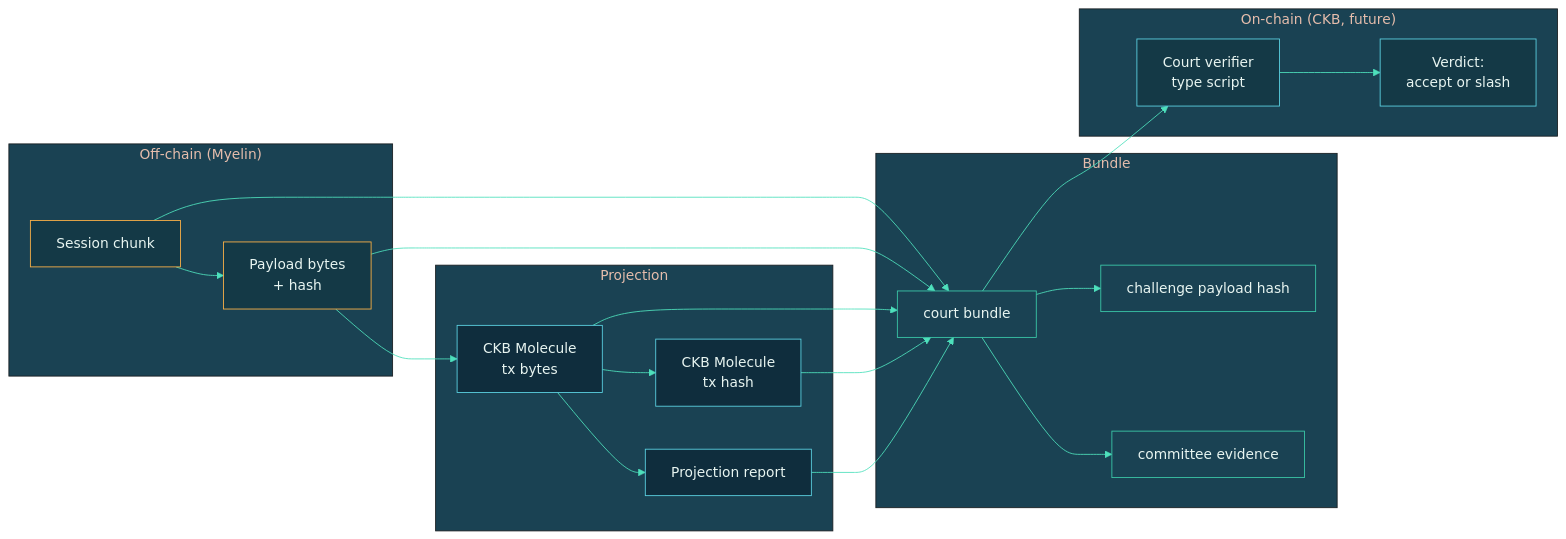
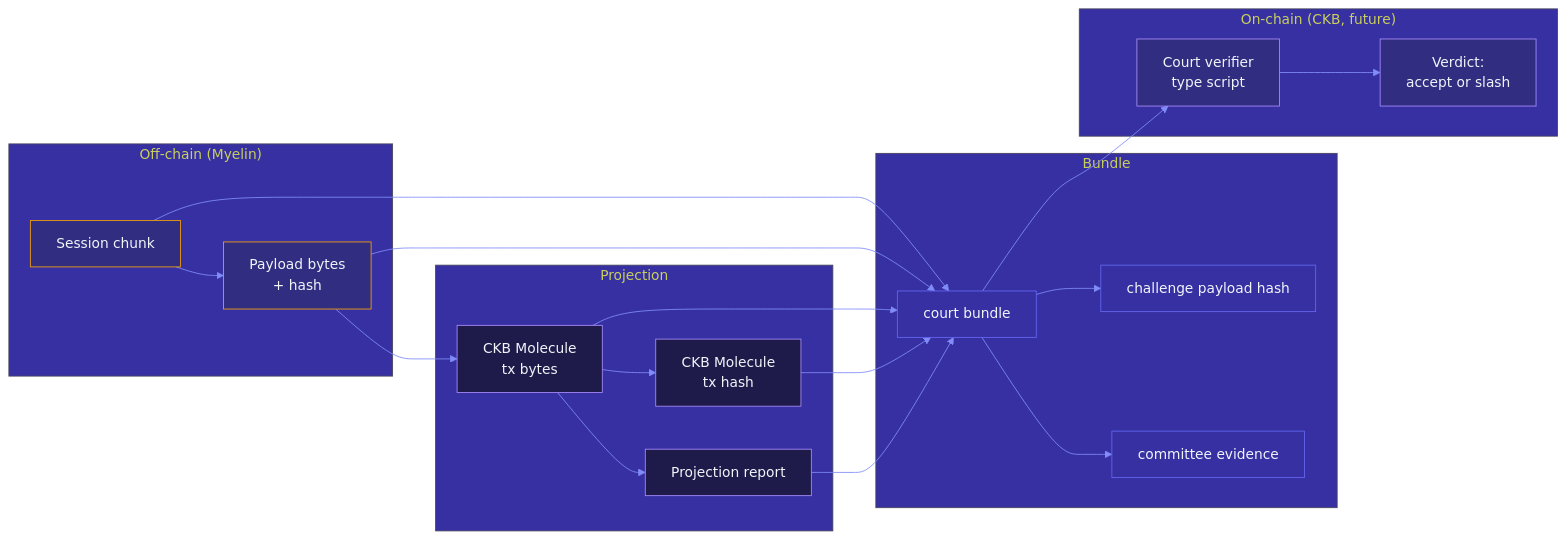
One commit to Myelin-Labs/Myelin changed the diagram in docs/getting-started/first-run.md. Above: the diagram before and after it, drawn with Mermaid. The commit also changed 31 other files, not shown here.

````diff
--- a/docs/getting-started/first-run.md
+++ b/docs/getting-started/first-run.md
@@ -111,45 +111,45 @@
 ```mermaid
 %%{init: {
   "theme": "base",
   "themeVariables": {
-    "primaryColor": "#0F2D3D",
-    "primaryTextColor": "#E8F5F1",
-    "primaryBorderColor": "#3CCBAA",
-    "lineColor": "#4EE0BC",
-    "secondaryColor": "#143946",
-    "tertiaryColor": "#1A4253",
+    "primaryColor": "#1E1B4B",
+    "primaryTextColor": "#F1F5F9",
+    "primaryBorderColor": "#6366F1",
+    "lineColor": "#818CF8",
+    "secondaryColor": "#312E81",
+    "tertiaryColor": "#3730A3",
     "fontFamily": "Inter, system-ui, sans-serif"
   }
 }}%%
 flowchart LR
     subgraph OFF["Off-chain (Myelin)"]
         A["Session chunk"]:::off
         B["Payload bytes<br/>+ hash"]:::off
     end
     subgraph PROJ["Projection"]
         C["CKB Molecule<br/>tx bytes"]:::proj
         D["CKB Molecule<br/>tx hash"]:::proj
         E["Projection report"]:::proj
     end
     subgraph EVID["Bundle"]
         F["court bundle"]:::bundle
         G["challenge payload hash"]:::bundle
         H["committee evidence"]:::bundle
     end
     subgraph L1["On-chain (CKB, future)"]
         I["Court verifier<br/>type script"]:::l1
         J["Verdict:<br/>accept or slash"]:::l1
     end
     A --> B --> C
     C --> D
     C --> E
     A & B & C & D & E --> F
     F --> G
     F --> H
     F --> I
     I --> J
-    classDef off    fill:#143946,stroke:#FFB347,color:#E8F5F1;
-    classDef proj   fill:#0F2D3D,stroke:#5DD4E5,color:#E8F5F1;
-    classDef bundle fill:#1A4253,stroke:#3CCBAA,color:#E8F5F1;
-    classDef l1     fill:#143946,stroke:#5DD4E5,color:#E8F5F1;
+    classDef off    fill:#312E81,stroke:#F59E0B,color:#F1F5F9;
+    classDef proj   fill:#1E1B4B,stroke:#A78BFA,color:#F1F5F9;
+    classDef bundle fill:#3730A3,stroke:#6366F1,color:#F1F5F9;
+    classDef l1     fill:#312E81,stroke:#A78BFA,color:#F1F5F9;
 ```
````
